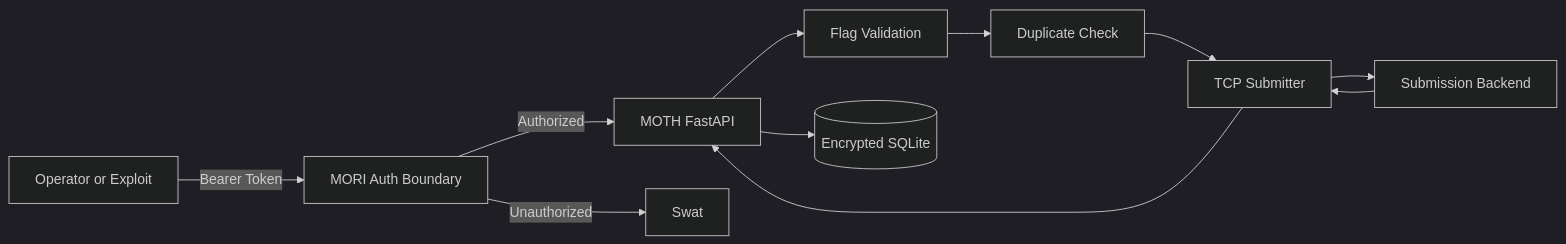
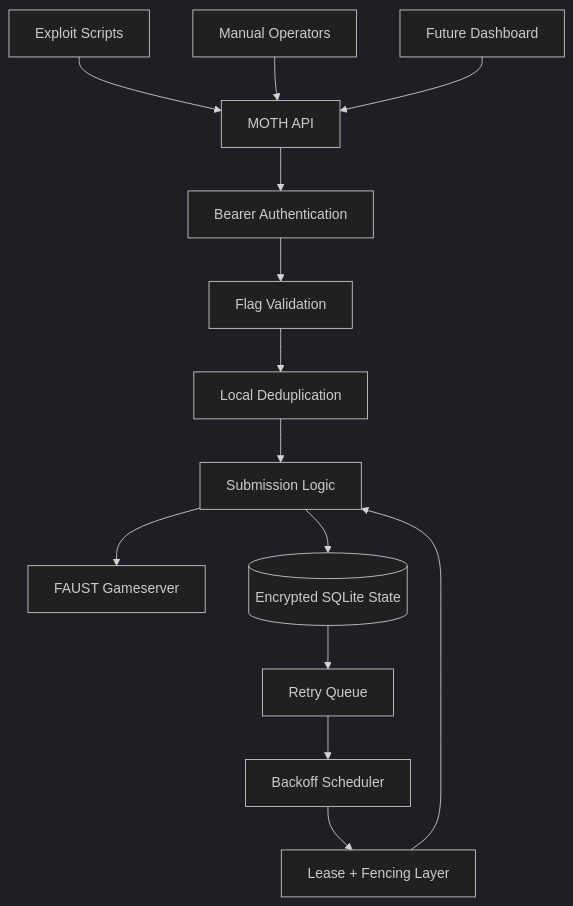
One commit to Denis-Krueger-labs/MOTH changed the first of 9 diagrams in README.md. Above: the diagram before and after it, drawn with Mermaid (dark theme). The commit also changed other lines of this file, not shown here.

````diff
--- a/README.md
+++ b/README.md
@@ -99,25 +90,19 @@
 ```mermaid
-flowchart LR
-    CLIENT[Operator or Exploit]
+flowchart TD
+    A[Exploit Scripts] --> D[MOTH API]
+    B[Manual Operators] --> D
+    C[Future Dashboard] --> D
 
-    MORI[MORI Auth Boundary]
-    API[MOTH FastAPI]
-    VALIDATE[Flag Validation]
-    DEDUP[Duplicate Check]
-    SUBMIT[TCP Submitter]
-    BACKEND[Submission Backend]
-    DB[(Encrypted SQLite)]
+    D --> E[Bearer Authentication]
+    E --> F[Flag Validation]
+    F --> G[Local Deduplication]
+    G --> H[Submission Logic]
 
-    CLIENT -->|Bearer Token| MORI
-    MORI -->|Authorized| API
-    MORI -->|Unauthorized| SWAT[Swat]
+    H --> I[FAUST Gameserver]
+    H --> J[(Encrypted SQLite State)]
 
-    API --> VALIDATE
-    VALIDATE --> DEDUP
-    DEDUP --> SUBMIT
-    SUBMIT --> BACKEND
-
-    BACKEND --> SUBMIT
-    SUBMIT --> API
-    API --> DB
+    J --> K[Retry Queue]
+    K --> L[Backoff Scheduler]
+    L --> M[Lease + Fencing Layer]
+    M --> H
 ```
````
